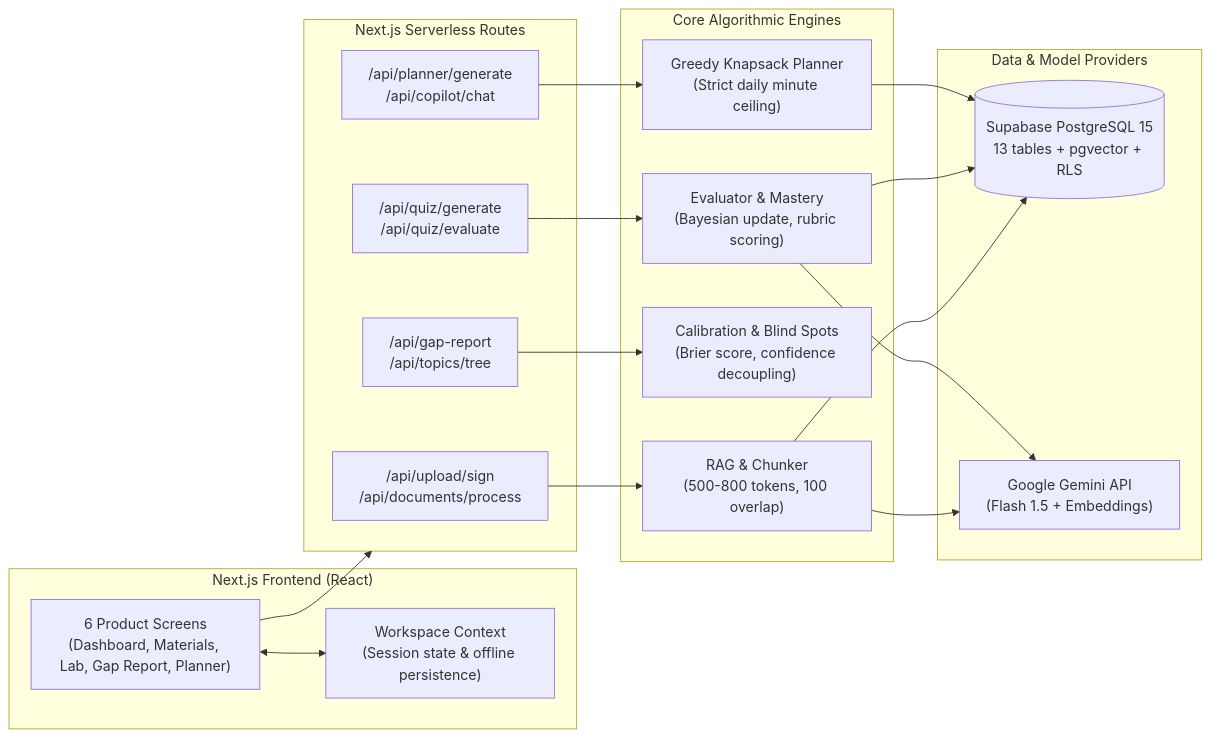
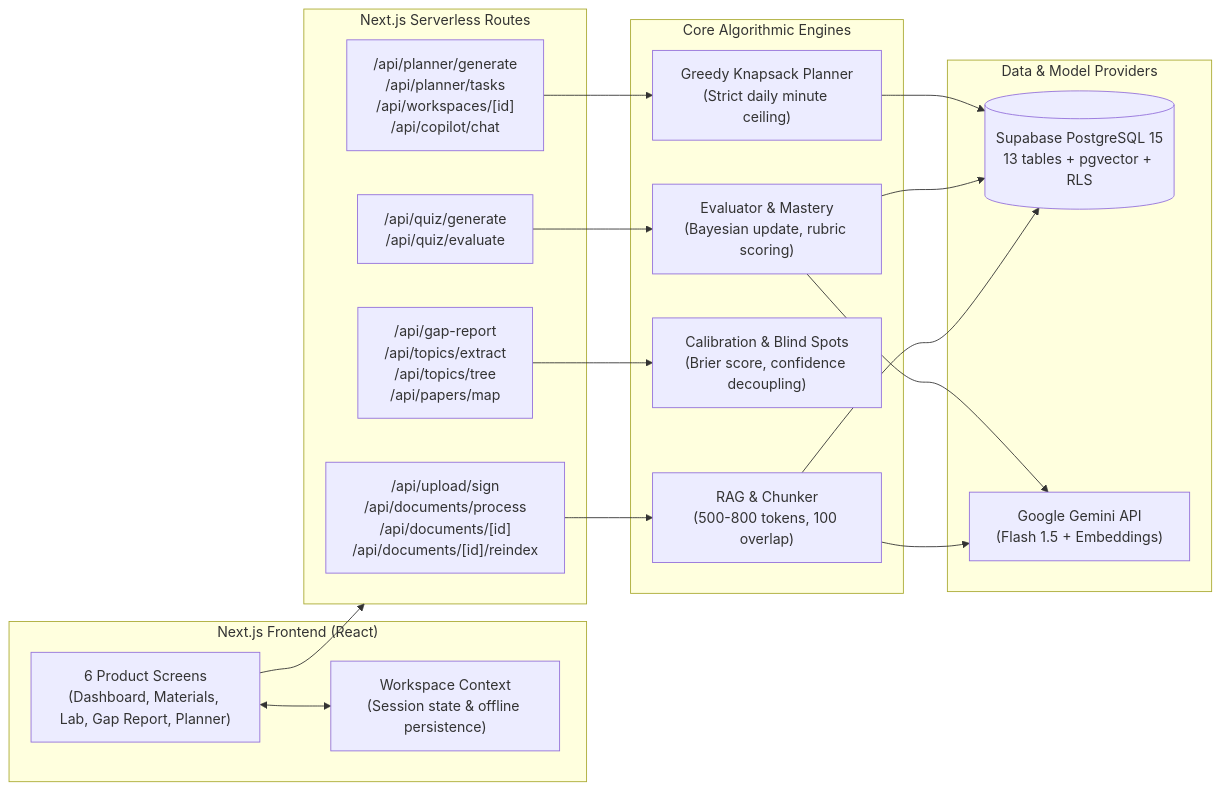
One commit to AnirudhChhabra54/GapLens-AI changed the second of 2 diagrams in README.md. Above: the diagram before and after it, drawn with Mermaid. The commit also changed 9 other files, not shown here.

````diff
--- a/README.md
+++ b/README.md
@@ -129,38 +129,38 @@
 ```mermaid
 flowchart LR
     subgraph Client["Next.js Frontend (React)"]
         UI["6 Product Screens\n(Dashboard, Materials, Lab, Gap Report, Planner)"]
         CTX["Workspace Context\n(Session state & offline persistence)"]
         UI <--> CTX
     end
 
     subgraph API["Next.js Serverless Routes"]
-        R_UP["/api/upload/sign\n/api/documents/process"]
+        R_UP["/api/upload/sign\n/api/documents/process\n/api/documents/[id]\n/api/documents/[id]/reindex"]
         R_QZ["/api/quiz/generate\n/api/quiz/evaluate"]
-        R_GAP["/api/gap-report\n/api/topics/tree"]
-        R_PLN["/api/planner/generate\n/api/copilot/chat"]
+        R_GAP["/api/gap-report\n/api/topics/extract\n/api/topics/tree\n/api/papers/map"]
+        R_PLN["/api/planner/generate\n/api/planner/tasks\n/api/workspaces/[id]\n/api/copilot/chat"]
     end
 
     subgraph Engines["Core Algorithmic Engines"]
         ENG_RAG["RAG & Chunker\n(500-800 tokens, 100 overlap)"]
         ENG_EVAL["Evaluator & Mastery\n(Bayesian update, rubric scoring)"]
         ENG_CAL["Calibration & Blind Spots\n(Brier score, confidence decoupling)"]
         ENG_SCHED["Greedy Knapsack Planner\n(Strict daily minute ceiling)"]
     end
 
     subgraph Storage["Data & Model Providers"]
         SUPA[("Supabase PostgreSQL 15\n13 tables + pgvector + RLS")]
         GEMINI["Google Gemini API\n(Flash 1.5 + Embeddings)"]
     end
 
     UI --> API
     R_UP --> ENG_RAG
     R_QZ --> ENG_EVAL
     R_GAP --> ENG_CAL
     R_PLN --> ENG_SCHED
     ENG_RAG --> SUPA
     ENG_RAG --> GEMINI
     ENG_EVAL --> SUPA
     ENG_EVAL --> GEMINI
     ENG_SCHED --> SUPA
 ```
````
